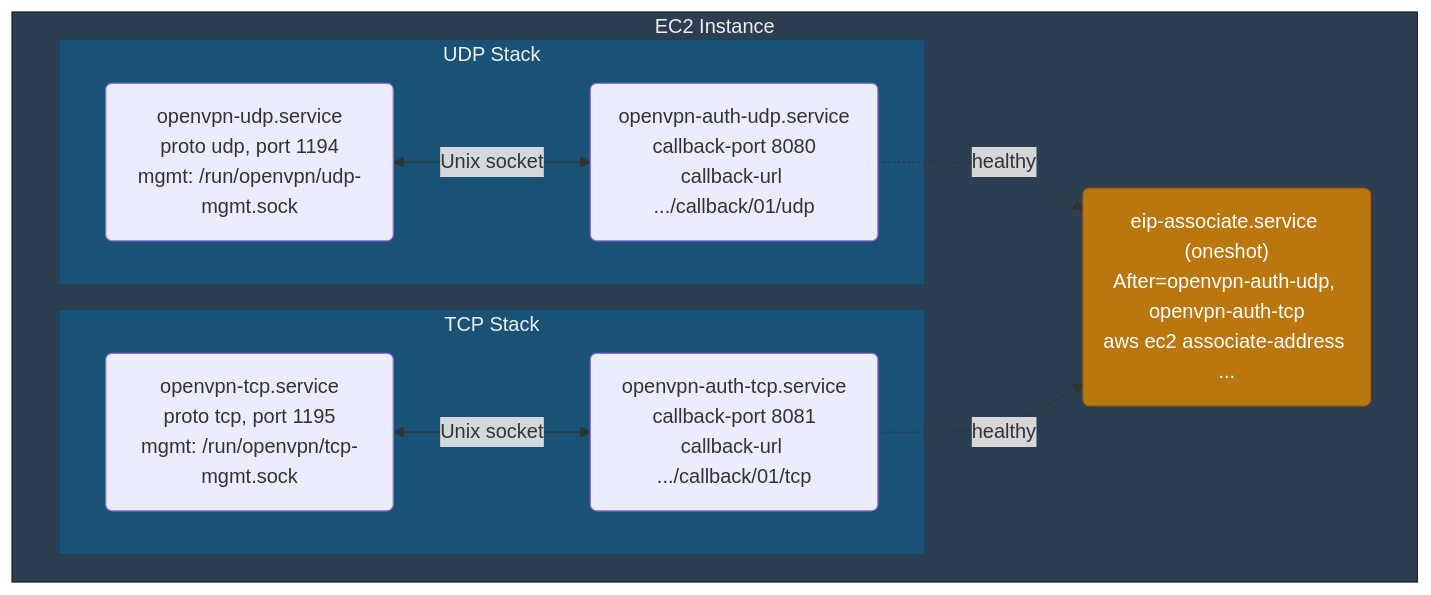
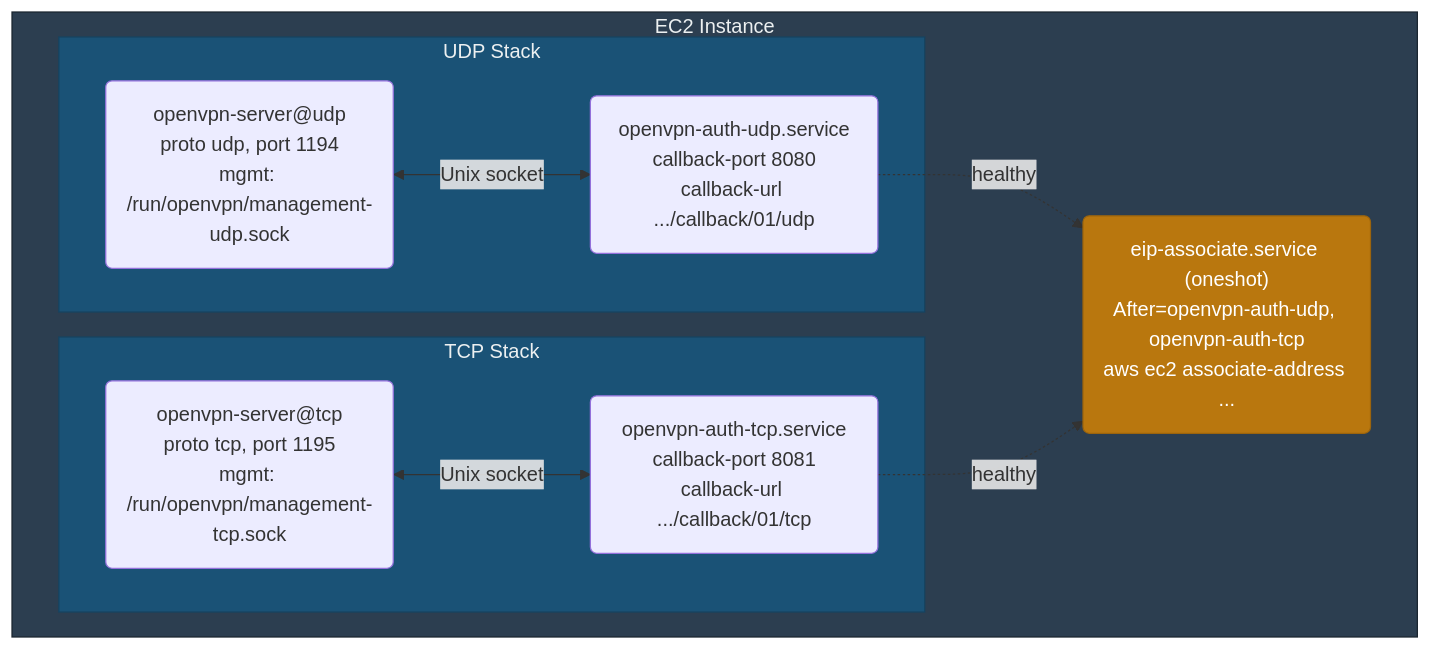
The fourth of 9 diagrams in docs/architecture-design.md (luk-kop/openvpn-auth-aws), drawn with Mermaid before and after one commit. The commit also changed other lines of this file and 26 other files, not shown here.

````diff
--- a/docs/architecture-design.md
+++ b/docs/architecture-design.md
@@ -205,26 +191,26 @@
 ```mermaid
 graph TD
     subgraph EC2["EC2 Instance"]
         subgraph UDP_Stack["UDP Stack"]
-            OVPN_UDP("openvpn-udp.service<br>proto udp, port 1194<br>mgmt: /run/openvpn/udp-mgmt.sock")
+            OVPN_UDP("openvpn-server@udp<br>proto udp, port 1194<br>mgmt: /run/openvpn/management-udp.sock")
             AUTH_UDP("openvpn-auth-udp.service<br>callback-port 8080<br>callback-url .../callback/01/udp")
         end
 
         subgraph TCP_Stack["TCP Stack"]
-            OVPN_TCP("openvpn-tcp.service<br>proto tcp, port 1195<br>mgmt: /run/openvpn/tcp-mgmt.sock")
+            OVPN_TCP("openvpn-server@tcp<br>proto tcp, port 1195<br>mgmt: /run/openvpn/management-tcp.sock")
             AUTH_TCP("openvpn-auth-tcp.service<br>callback-port 8081<br>callback-url .../callback/01/tcp")
         end
 
         EIP("eip-associate.service (oneshot)<br>After=openvpn-auth-udp, openvpn-auth-tcp<br>aws ec2 associate-address ...")
     end
 
     OVPN_UDP <-->|"Unix socket"| AUTH_UDP
     OVPN_TCP <-->|"Unix socket"| AUTH_TCP
     AUTH_UDP -.->|"healthy"| EIP
     AUTH_TCP -.->|"healthy"| EIP
 
     style EC2 fill:#2c3e50,stroke:#1a252f,color:#ecf0f1
     style UDP_Stack fill:#1a5276,stroke:#154360,color:#ecf0f1
     style TCP_Stack fill:#1a5276,stroke:#154360,color:#ecf0f1
     style EIP fill:#b9770e,stroke:#9c640c,color:#fff
 ```
````
